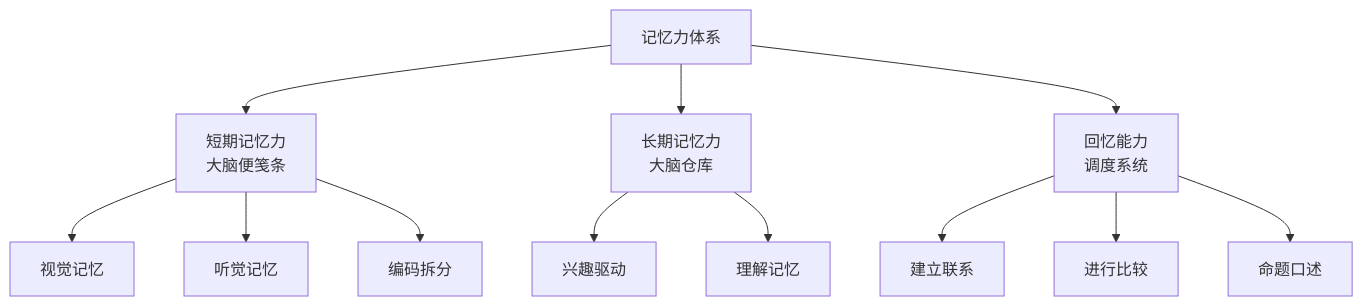
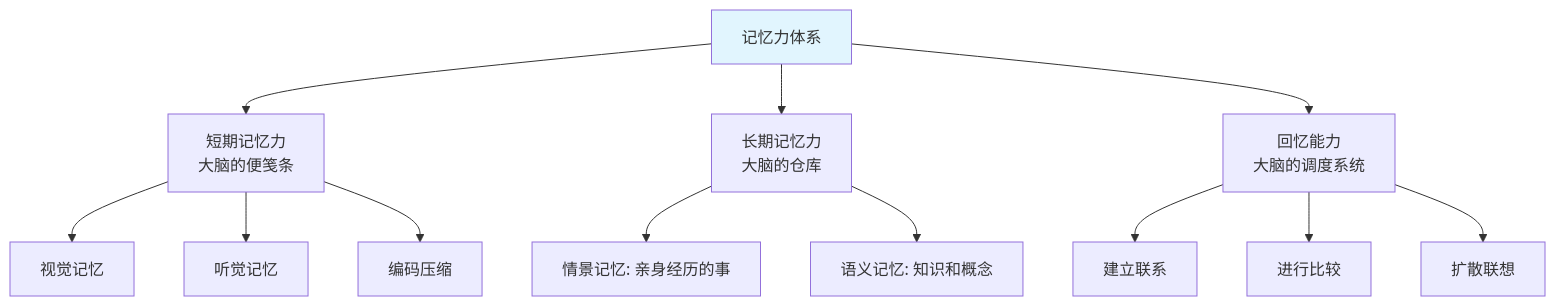
One commit to chongyang211/YCBookBlog changed the first of 10 diagrams in 10.自我进阶提升书/07.底层思维的训练/7.4记忆能力的训练.md. Above: the diagram before and after it, drawn with Mermaid. The commit also changed other lines of this file and 6 other files, not shown here.

````diff
--- a/10.自我进阶提升书/07.底层思维的训练/7.4记忆能力的训练.md
+++ b/10.自我进阶提升书/07.底层思维的训练/7.4记忆能力的训练.md
@@ -14,14 +18,15 @@
 ```mermaid
 graph TD
-    A[记忆力体系] --> B[短期记忆力<br>大脑便笺条]
-    A --> C[长期记忆力<br>大脑仓库]
-    A --> D[回忆能力<br>调度系统]
+    A[记忆力体系] --> B[短期记忆力<br>大脑的便笺条]
+    A --> C[长期记忆力<br>大脑的仓库]
+    A --> D[回忆能力<br>大脑的调度系统]
     B --> B1[视觉记忆]
     B --> B2[听觉记忆]
-    B --> B3[编码拆分]
-    C --> C1[兴趣驱动]
-    C --> C2[理解记忆]
+    B --> B3[编码压缩]
+    C --> C1[情景记忆: 亲身经历的事]
+    C --> C2[语义记忆: 知识和概念]
     D --> D1[建立联系]
     D --> D2[进行比较]
-    D --> D3[命题口述]
+    D --> D3[扩散联想]
+    style A fill:#e1f5fe
 ```
````
